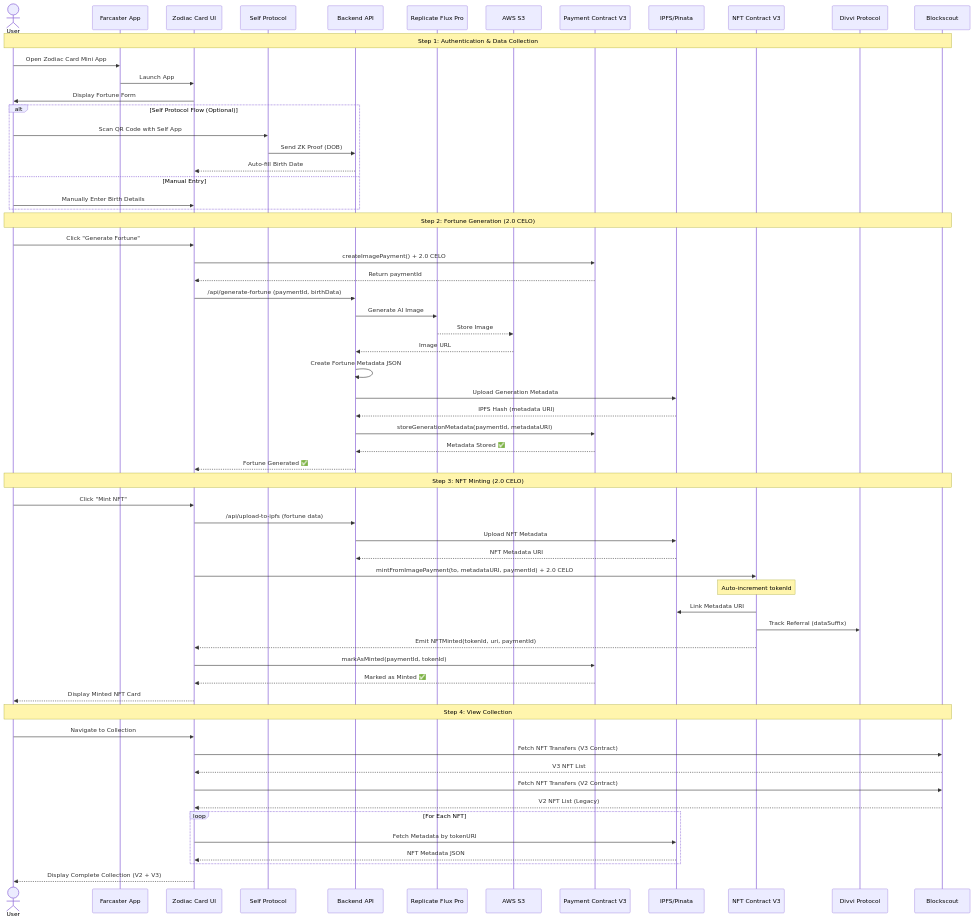
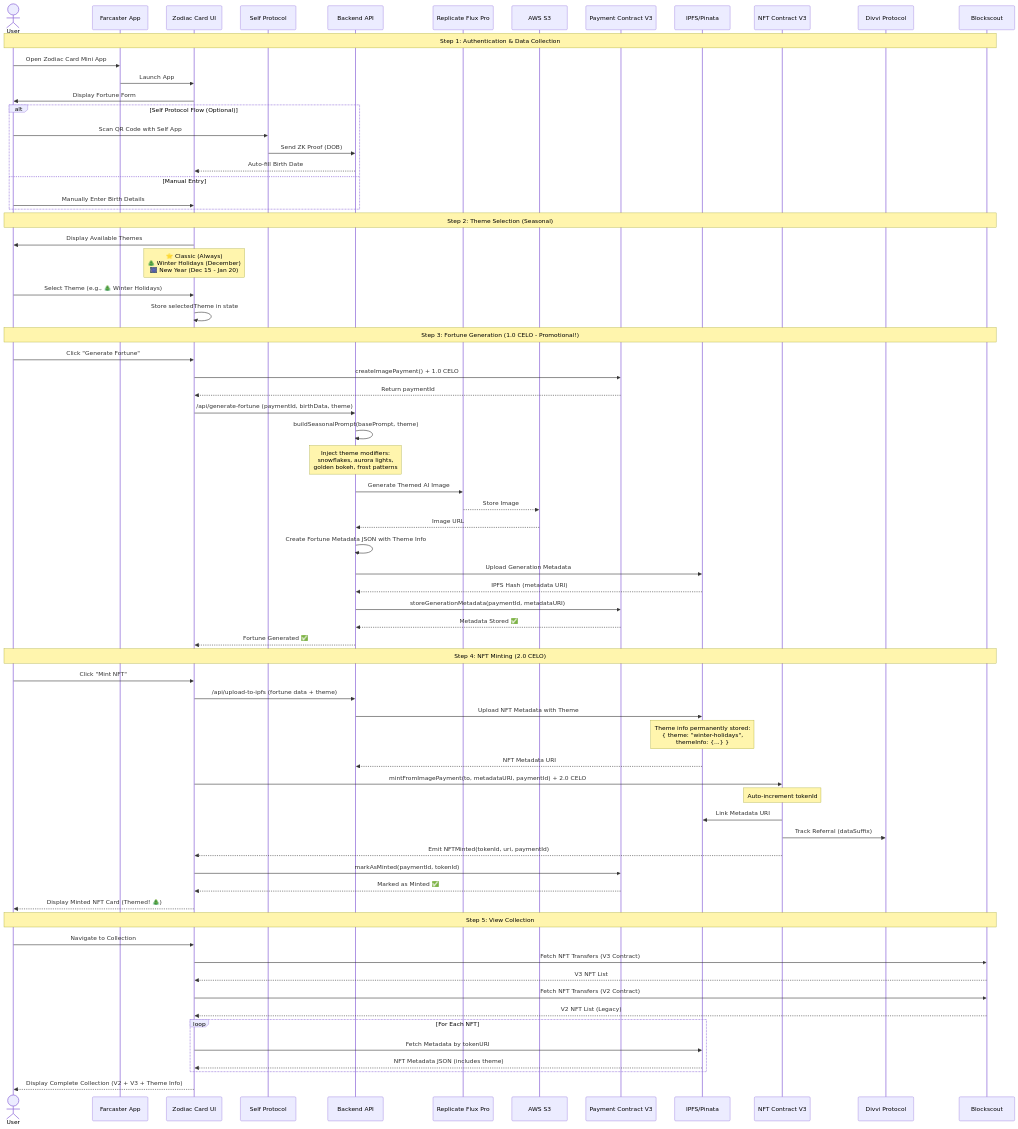
Before and after one commit to JulioMCruz/ZodiacCards: the second of 2 diagrams in README.md, drawn with Mermaid. The commit also changed other lines of this file, not shown here.

````diff
--- a/README.md
+++ b/README.md
@@ -267,17 +272,25 @@
         User->>UI: Manually Enter Birth Details
     end
 
-    Note over User,BS: Step 2: Fortune Generation (2.0 CELO)
+    Note over User,BS: Step 2: Theme Selection (Seasonal)
+    UI->>User: Display Available Themes
+    Note over UI: ⭐ Classic (Always)<br/>🎄 Winter Holidays (December)<br/>🎆 New Year (Dec 15 - Jan 20)
+    User->>UI: Select Theme (e.g., 🎄 Winter Holidays)
+    UI->>UI: Store selectedTheme in state
+
+    Note over User,BS: Step 3: Fortune Generation (1.0 CELO - Promotional!)
     User->>UI: Click "Generate Fortune"
-    UI->>PayV3: createImagePayment() + 2.0 CELO
+    UI->>PayV3: createImagePayment() + 1.0 CELO
     PayV3-->>UI: Return paymentId
 
-    UI->>API: /api/generate-fortune (paymentId, birthData)
-    API->>Flux: Generate AI Image
+    UI->>API: /api/generate-fortune (paymentId, birthData, theme)
+    API->>API: buildSeasonalPrompt(basePrompt, theme)
+    Note over API: Inject theme modifiers:<br/>snowflakes, aurora lights,<br/>golden bokeh, frost patterns
+    API->>Flux: Generate Themed AI Image
     Flux-->>S3: Store Image
     S3-->>API: Image URL
 
-    API->>API: Create Fortune Metadata JSON
+    API->>API: Create Fortune Metadata JSON with Theme Info
     API->>IPFS: Upload Generation Metadata
     IPFS-->>API: IPFS Hash (metadata URI)
 
@@ -285,10 +298,11 @@
     PayV3-->>API: Metadata Stored ✅
     API-->>UI: Fortune Generated ✅
 
-    Note over User,BS: Step 3: NFT Minting (2.0 CELO)
+    Note over User,BS: Step 4: NFT Minting (2.0 CELO)
     User->>UI: Click "Mint NFT"
-    UI->>API: /api/upload-to-ipfs (fortune data)
-    API->>IPFS: Upload NFT Metadata
+    UI->>API: /api/upload-to-ipfs (fortune data + theme)
+    API->>IPFS: Upload NFT Metadata with Theme
+    Note over IPFS: Theme info permanently stored:<br/>{ theme: "winter-holidays",<br/>  themeInfo: {...} }
     IPFS-->>API: NFT Metadata URI
 
     UI->>NFTV3: mintFromImagePayment(to, metadataURI, paymentId) + 2.0 CELO
@@ -300,9 +314,9 @@
     UI->>PayV3: markAsMinted(paymentId, tokenId)
     PayV3-->>UI: Marked as Minted ✅
 
-    UI-->>User: Display Minted NFT Card
+    UI-->>User: Display Minted NFT Card (Themed! 🎄)
 
-    Note over User,BS: Step 4: View Collection
+    Note over User,BS: Step 5: View Collection
     User->>UI: Navigate to Collection
     UI->>BS: Fetch NFT Transfers (V3 Contract)
     BS-->>UI: V3 NFT List
@@ -311,8 +325,8 @@
 
     loop For Each NFT
         UI->>IPFS: Fetch Metadata by tokenURI
-        IPFS-->>UI: NFT Metadata JSON
+        IPFS-->>UI: NFT Metadata JSON (includes theme)
     end
 
-    UI-->>User: Display Complete Collection (V2 + V3)
+    UI-->>User: Display Complete Collection (V2 + V3 + Theme Info)
 ```
````
